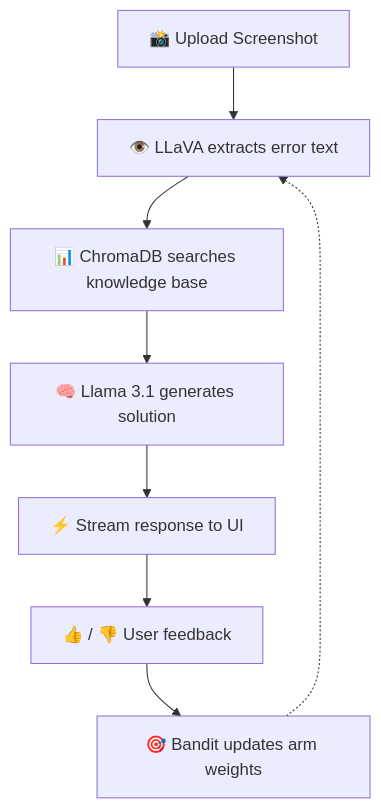
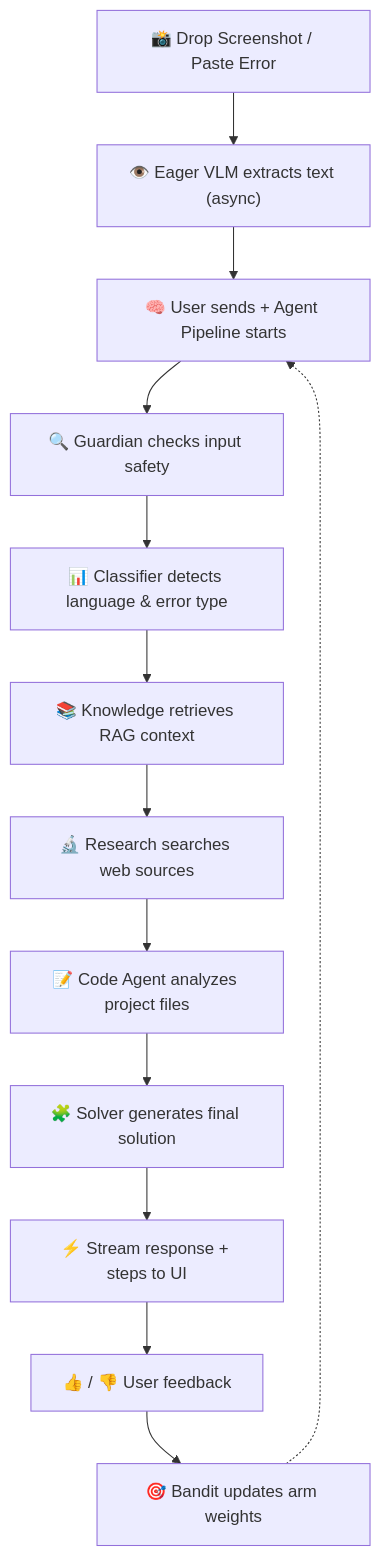
One commit to mahdi-ajami/debugly changed the diagram in README.md. Above: the diagram before and after it, drawn with Mermaid. The commit also changed other lines of this file, not shown here.

Commit message:
docs: update README with multi-agent architecture, new UI/UX, and redesigned components

````diff
--- a/README.md
+++ b/README.md
@@ -231,10 +284,15 @@
 ```mermaid
 flowchart TB
-    A["📸 Upload Screenshot"] --> B["👁️ LLaVA extracts error text"]
-    B --> C["📊 ChromaDB searches knowledge base"]
-    C --> D["🧠 Llama 3.1 generates solution"]
-    D --> E["⚡ Stream response to UI"]
-    E --> F["👍 / 👎 User feedback"]
-    F --> G["🎯 Bandit updates arm weights"]
-    G -.-> B
+    A["📸 Drop Screenshot / Paste Error"] --> B["👁️ Eager VLM extracts text (async)"]
+    B --> C["🧠 User sends + Agent Pipeline starts"]
+    C --> D["🔍 Guardian checks input safety"]
+    D --> E["📊 Classifier detects language & error type"]
+    E --> F["📚 Knowledge retrieves RAG context"]
+    F --> G["🔬 Research searches web sources"]
+    G --> H["📝 Code Agent analyzes project files"]
+    H --> I["🧩 Solver generates final solution"]
+    I --> J["⚡ Stream response + steps to UI"]
+    J --> K["👍 / 👎 User feedback"]
+    K --> L["🎯 Bandit updates arm weights"]
+    L -.-> C
 ```
````
